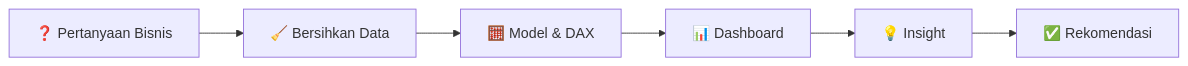
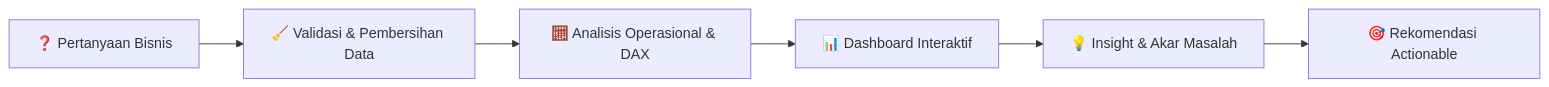
The diagram in README.md (SagaraAndiLS/Sagara-Andi-L-S-Portofolio), drawn with Mermaid before and after one commit. The commit also changed other lines of this file, not shown here.

````diff
--- a/README.md
+++ b/README.md
@@ -50,8 +55,9 @@
 ```mermaid
 flowchart LR
-    A[❓ Pertanyaan Bisnis] --> B[🧹 Bersihkan Data]
-    B --> C[🧮 Model & DAX]
-    C --> D[📊 Dashboard]
-    D --> E[💡 Insight]
-    E --> F[✅ Rekomendasi]
+    A["❓ Pertanyaan Bisnis"] --> B["🧹 Validasi & Pembersihan Data"]
+    B --> C["🧮 Analisis Operasional & DAX"]
+    C --> D["📊 Dashboard Interaktif"]
+    D --> E["💡 Insight & Akar Masalah"]
+    E --> F["🎯 Rekomendasi Actionable"]
+
 ```
````
